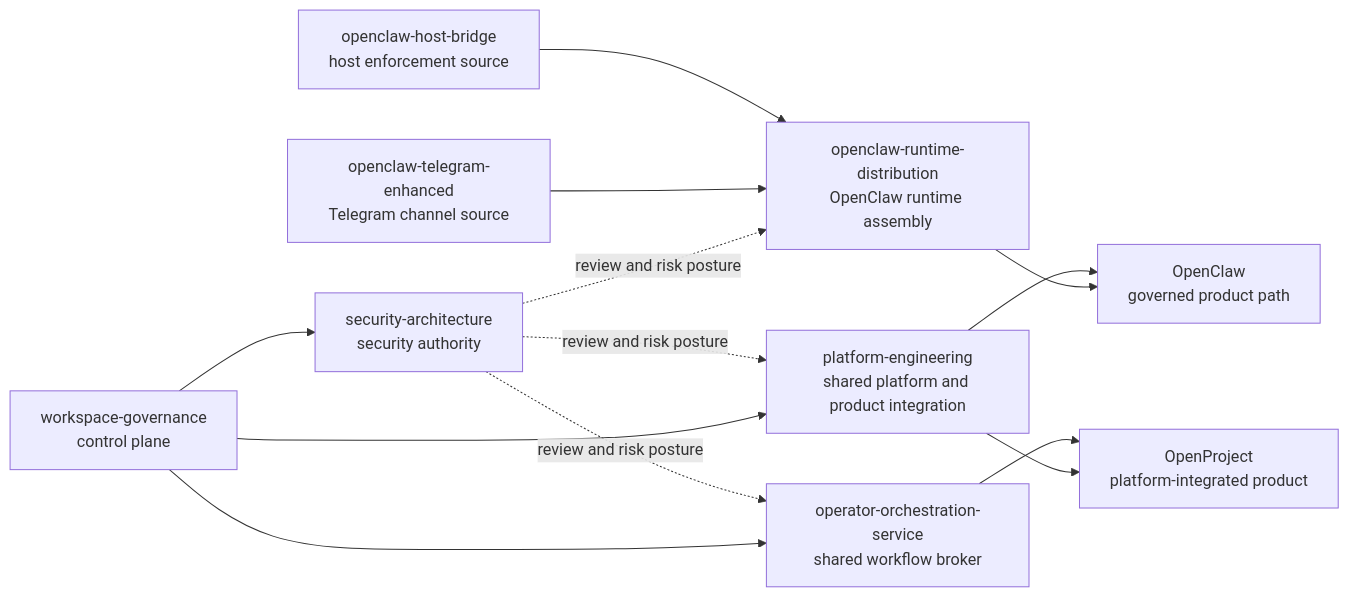
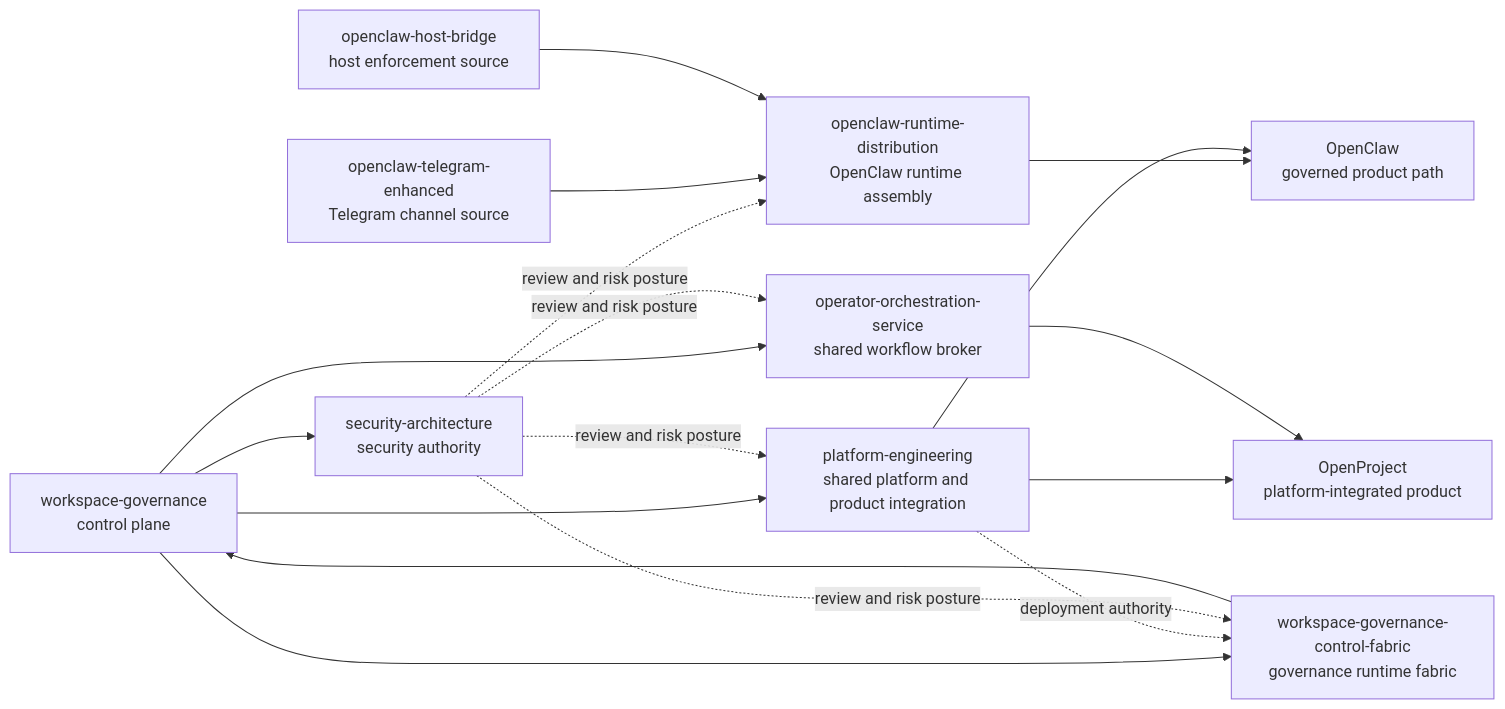
Before and after one commit to mfshaf7/workspace-governance: the first of 2 diagrams in workspace-root/README.md, drawn with Mermaid. The commit also changed other lines of this file and 10 other files, not shown here.

Commit message:
Admit workspace governance control fabric repo (#88)

````diff
--- a/workspace-root/README.md
+++ b/workspace-root/README.md
@@ -25,25 +25,30 @@
 ```mermaid
 flowchart LR
     WG[workspace-governance<br/>control plane]
+    WGCF[workspace-governance-control-fabric<br/>governance runtime fabric]
     SA[security-architecture<br/>security authority]
     PE[platform-engineering<br/>shared platform and product integration]
     OOS[operator-orchestration-service<br/>shared workflow broker]
     OTE[openclaw-telegram-enhanced<br/>Telegram channel source]
     OHB[openclaw-host-bridge<br/>host enforcement source]
     OCRD[openclaw-runtime-distribution<br/>OpenClaw runtime assembly]
     OC[OpenClaw<br/>governed product path]
     OP[OpenProject<br/>platform-integrated product]
 
     WG --> PE
     WG --> OOS
     WG --> SA
+    WG --> WGCF
+    WGCF --> WG
+    PE -. deployment authority .-> WGCF
+    SA -. review and risk posture .-> WGCF
     SA -. review and risk posture .-> PE
     SA -. review and risk posture .-> OOS
     SA -. review and risk posture .-> OCRD
     OTE --> OCRD
     OHB --> OCRD
     OCRD --> OC
     PE --> OC
     PE --> OP
     OOS --> OP
 ```
````
